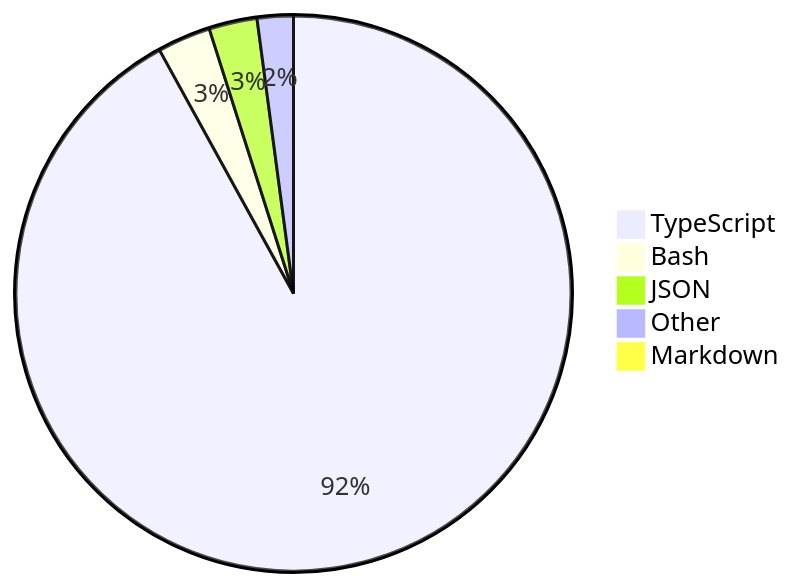
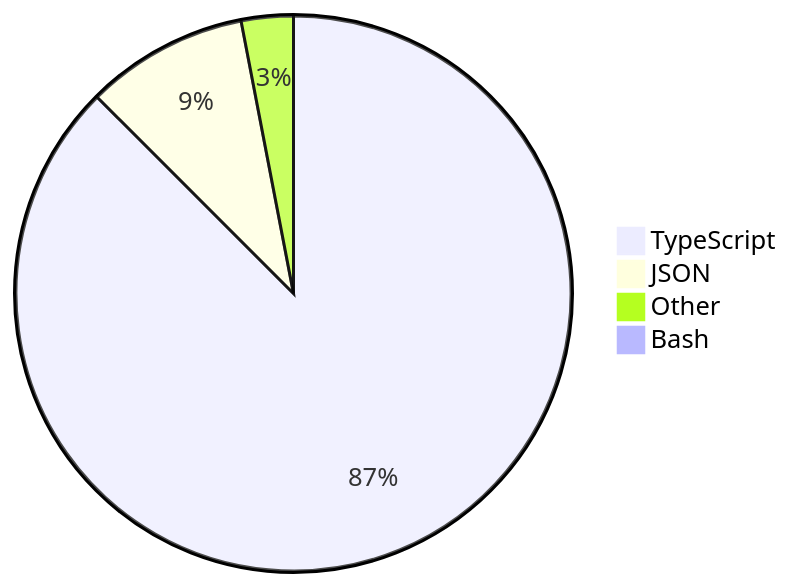
The diagram in README.md (skvggor/skvggor), drawn with Mermaid before and after one commit.

Commit message:
Updated waka-readme graph with new metrics

````diff
--- a/README.md
+++ b/README.md
@@ -28,8 +28,7 @@
 ```mermaid
 pie
-    "TypeScript" : 91.9
-    "Bash" : 3.1
-    "JSON" : 2.8
-    "Other" : 2.1
-    "Markdown" : 0.1
+    "TypeScript" : 86.8
+    "JSON" : 9.4
+    "Other" : 3.0
+    "Bash" : 0.8
 ```
````
